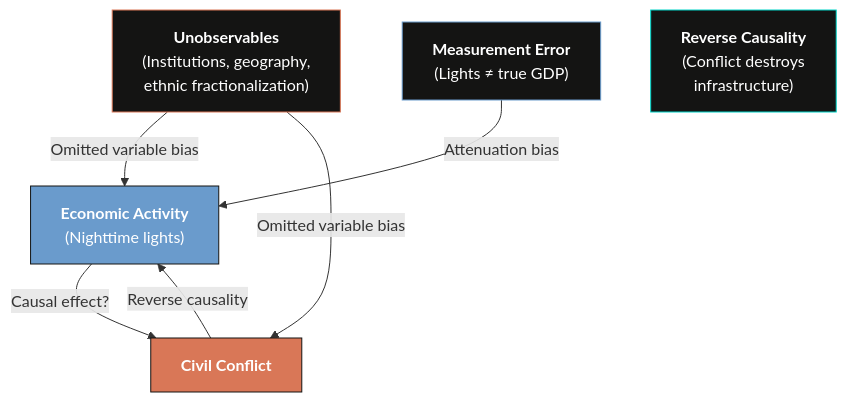
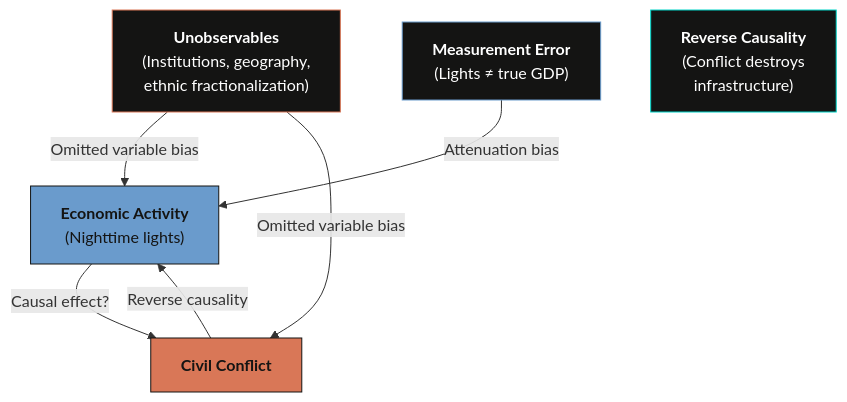
One commit to cmg777/starter-academic-v501 changed the first of 2 diagrams in content/post/stata_iv_panel/index.md. Above: the diagram before and after it, drawn with Mermaid. The commit also changed other lines of this file and 67 other files, not shown here.

First line of the commit message:
fix(mermaid): readable diagram text in both themes across the site

````diff
--- a/content/post/stata_iv_panel/index.md
+++ b/content/post/stata_iv_panel/index.md
@@ -245,20 +245,20 @@
 ```mermaid
 graph TD
     ECON["<b>Economic Activity</b><br/>(Nighttime lights)"]
     CONF["<b>Civil Conflict</b>"]
     U["<b>Unobservables</b><br/>(Institutions, geography,<br/>ethnic fractionalization)"]
     ME["<b>Measurement Error</b><br/>(Lights ≠ true GDP)"]
     REV["<b>Reverse Causality</b><br/>(Conflict destroys<br/>infrastructure)"]
 
     ECON -->|"Causal effect?"| CONF
     U -->|"Omitted variable bias"| ECON
     U -->|"Omitted variable bias"| CONF
     CONF -->|"Reverse causality"| ECON
     ME -->|"Attenuation bias"| ECON
 
-    style ECON fill:#6a9bcc,stroke:#141413,color:#fff
-    style CONF fill:#d97757,stroke:#141413,color:#fff
+    style ECON fill:#6a9bcc,stroke:#141413,color:#141413
+    style CONF fill:#d97757,stroke:#141413,color:#141413
     style U fill:#141413,stroke:#d97757,color:#fff
     style ME fill:#141413,stroke:#6a9bcc,color:#fff
     style REV fill:#141413,stroke:#00d4c8,color:#fff
 ```
````
